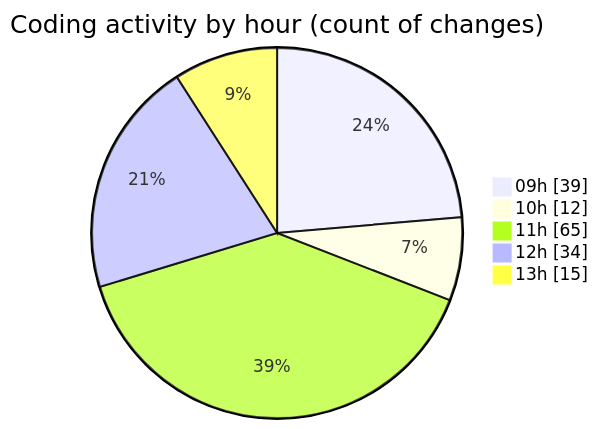
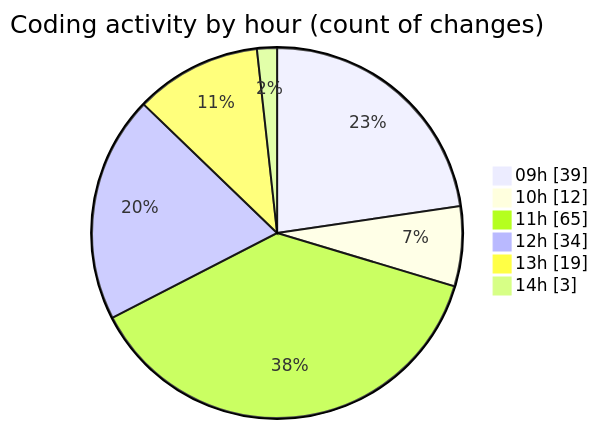
The second of 2 diagrams in 2025-03-04/cda/README.md (momahboobian/code-tracking), drawn with Mermaid before and after one commit. The commit also changed other lines of this file and 1 other file, not shown here.

````diff
--- a/2025-03-04/cda/README.md
+++ b/2025-03-04/cda/README.md
@@ -35,9 +35,10 @@
 ```mermaid
 pie showData
 title Coding activity by hour (count of changes)
 "09h" : 39
 "10h" : 12
 "11h" : 65
 "12h" : 34
-"13h" : 15
+"13h" : 19
+"14h" : 3
 ```
````
